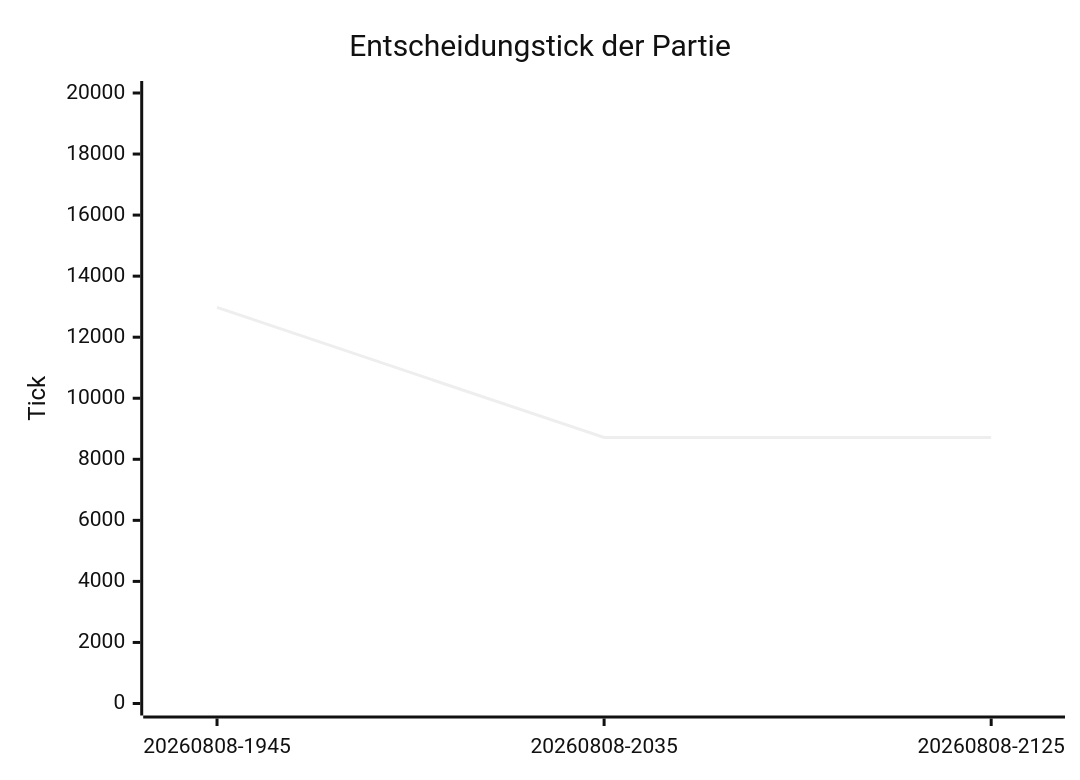
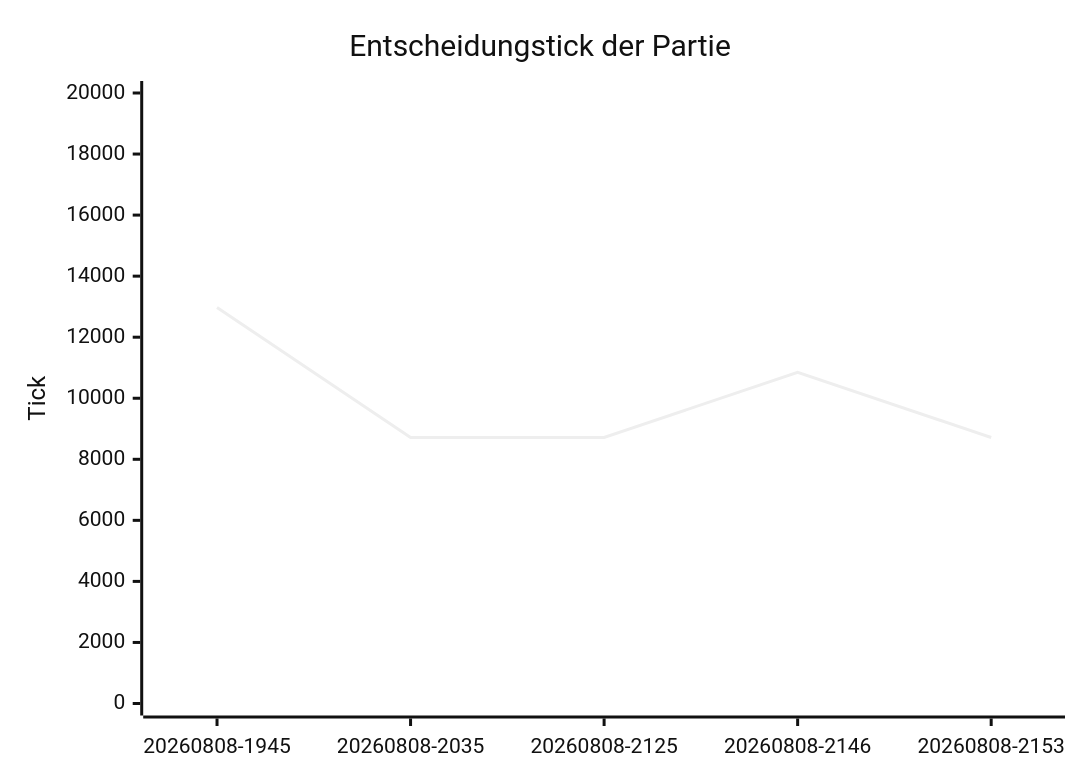
The first of 3 diagrams in tools/Nova.AiLab/reports/README.md (arn-c0de/Project_Nova), drawn with Mermaid (neutral theme) before and after one commit. The commit also changed other lines of this file and 24 other files, not shown here.

````diff
--- a/tools/Nova.AiLab/reports/README.md
+++ b/tools/Nova.AiLab/reports/README.md
@@ -47,7 +49,7 @@
 ```mermaid
 xychart-beta
     title "Entscheidungstick der Partie"
-    x-axis ["20260808-1945", "20260808-2035", "20260808-2125"]
+    x-axis ["20260808-1945", "20260808-2035", "20260808-2125", "20260808-2146", "20260808-2153"]
     y-axis "Tick" 0 --> 20000
-    line [12975, 8715, 8715]
+    line [12975, 8715, 8715, 10847, 8715]
 ```
````
